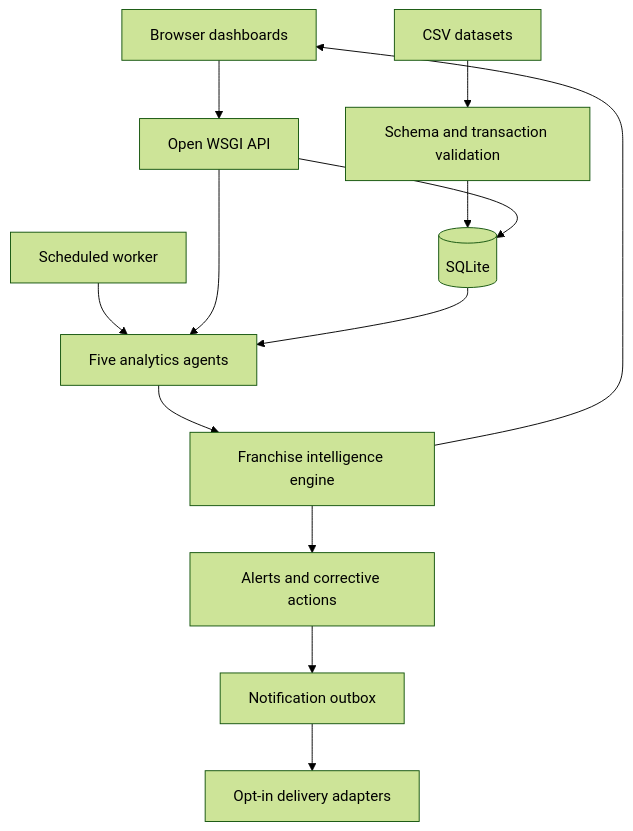
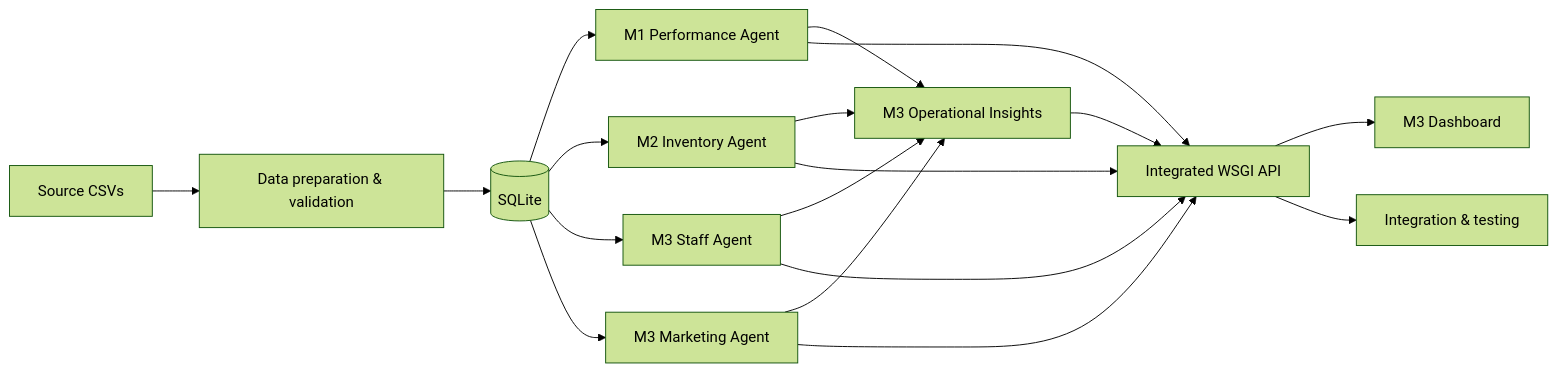
The first of 2 diagrams in docs/ARCHITECTURE.md (narayan24x7/demo-dashboard_0), drawn with Mermaid (forest theme) before and after one commit. The commit also changed other lines of this file and 19 other files, not shown here.

Commit message:
feat: add performance dashboard

````diff
--- a/docs/ARCHITECTURE.md
+++ b/docs/ARCHITECTURE.md
@@ -5,15 +5,20 @@
 ```mermaid
-flowchart TD
-    UI[Browser dashboards] --> API[Open WSGI API]
-    CSV[CSV datasets] --> Validation[Schema and transaction validation]
-    Validation --> DB[(SQLite)]
-    API --> DB
-    Worker[Scheduled worker] --> Agents[Five analytics agents]
-    API --> Agents
-    DB --> Agents
-    Agents --> Engine[Franchise intelligence engine]
-    Engine --> Actions[Alerts and corrective actions]
-    Engine --> UI
-    Actions --> Outbox[Notification outbox]
-    Outbox --> Delivery[Opt-in delivery adapters]
+flowchart LR
+    CSV[Source CSVs] --> Validate[Data preparation & validation]
+    Validate --> DB[(SQLite)]
+    DB --> P[M1 Performance Agent]
+    DB --> I[M2 Inventory Agent]
+    DB --> S[M3 Staff Agent]
+    DB --> M[M3 Marketing Agent]
+    P --> O[M3 Operational Insights]
+    I --> O
+    S --> O
+    M --> O
+    O --> API[Integrated WSGI API]
+    P --> API
+    I --> API
+    S --> API
+    M --> API
+    API --> UI[M3 Dashboard]
+    API --> Tests[Integration & testing]
 ```
````
